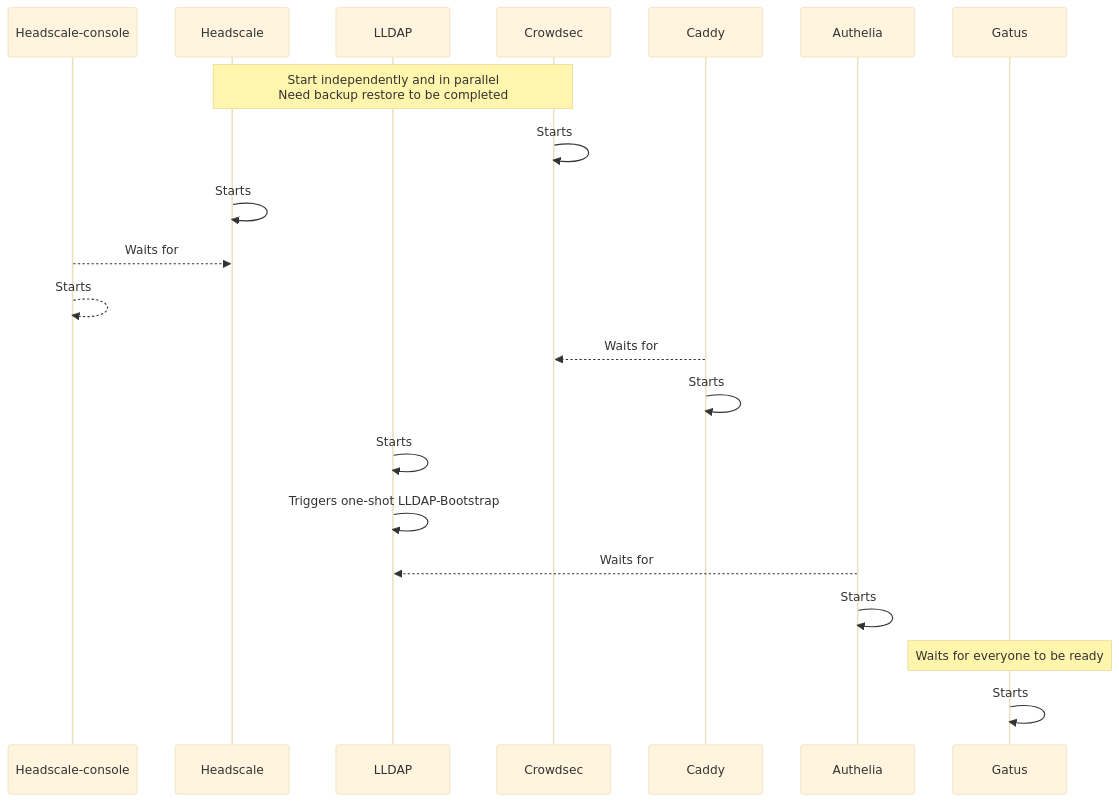
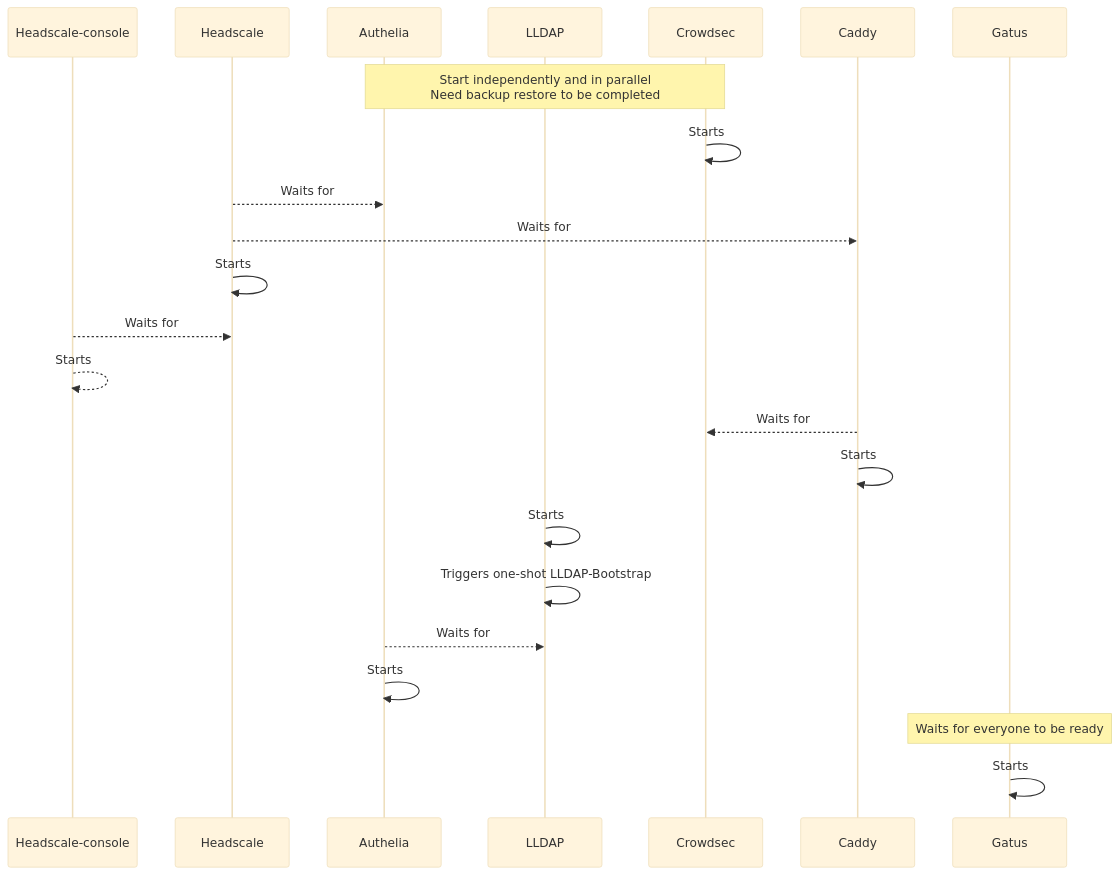
One commit to vic1707/homelab-config changed the diagram in vps/telstar/docs.md. Above: the diagram before and after it, drawn with Mermaid (base theme). The commit also changed 3 other files, not shown here.

````diff
--- a/vps/telstar/docs.md
+++ b/vps/telstar/docs.md
@@ -3,30 +3,32 @@
 ```mermaid
 sequenceDiagram
     participant Headscale-console
     participant Headscale
+    participant Authelia
     participant LLDAP
     participant Crowdsec
     participant Caddy
-    participant Authelia
     participant Gatus
 
-    Note over Headscale, Crowdsec: Start independently and in parallel<br/>Need backup restore to be completed
+    Note over Authelia, Crowdsec: Start independently and in parallel<br/>Need backup restore to be completed
 
     Crowdsec->>Crowdsec: Starts
 
+    Headscale-->>Authelia: Waits for
+    Headscale-->>Caddy: Waits for
     Headscale->>Headscale: Starts
     Headscale-console-->>Headscale: Waits for
     Headscale-console-->>Headscale-console: Starts
 
     Caddy-->>Crowdsec: Waits for
     Caddy->>Caddy: Starts
 
     LLDAP->>LLDAP: Starts
     LLDAP->>LLDAP: Triggers one-shot LLDAP-Bootstrap
 
     Authelia-->>LLDAP: Waits for
     Authelia->>Authelia: Starts
 
     Note over Gatus: Waits for everyone to be ready
     Gatus->>Gatus: Starts
 ```
````
